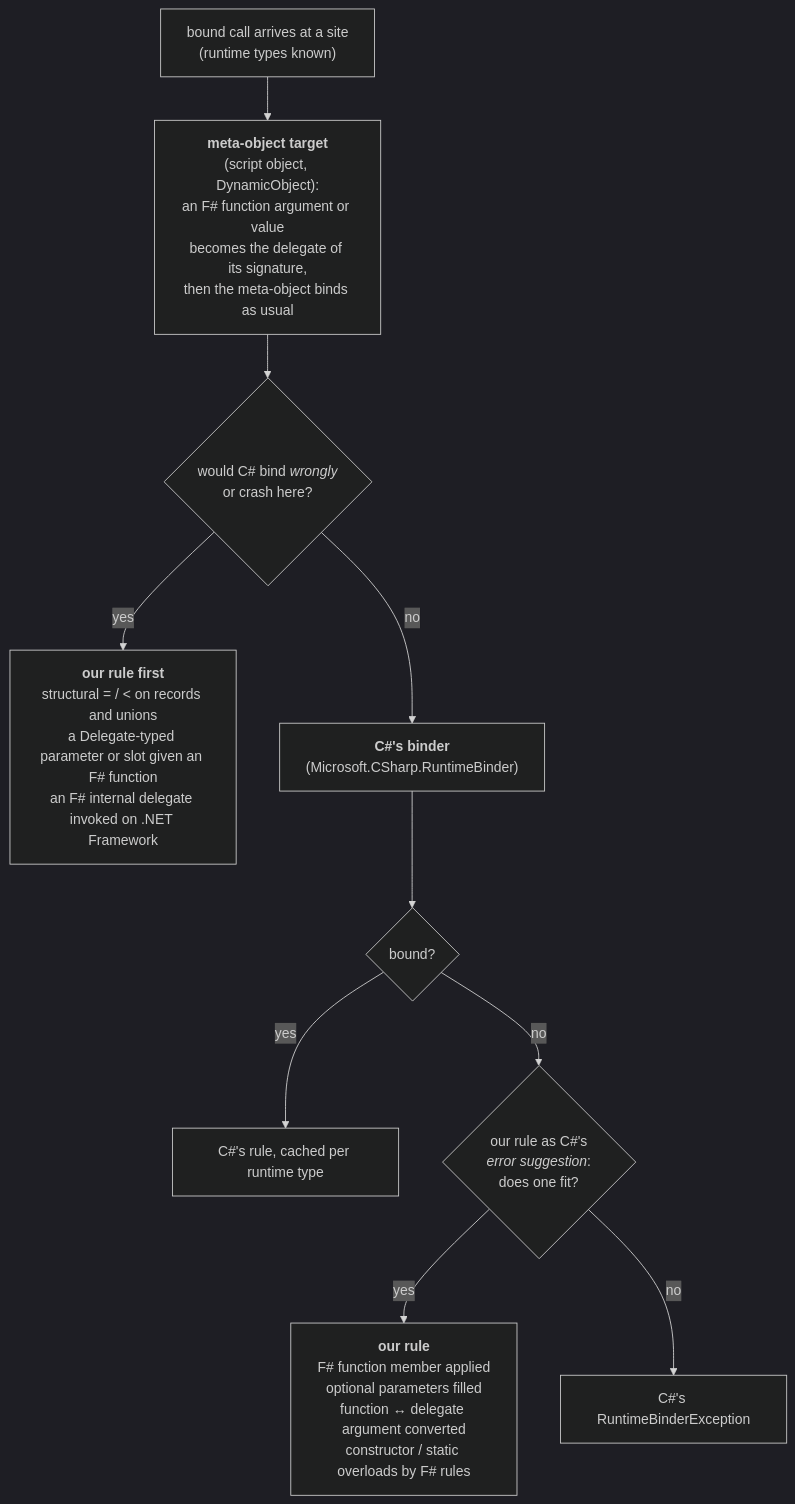
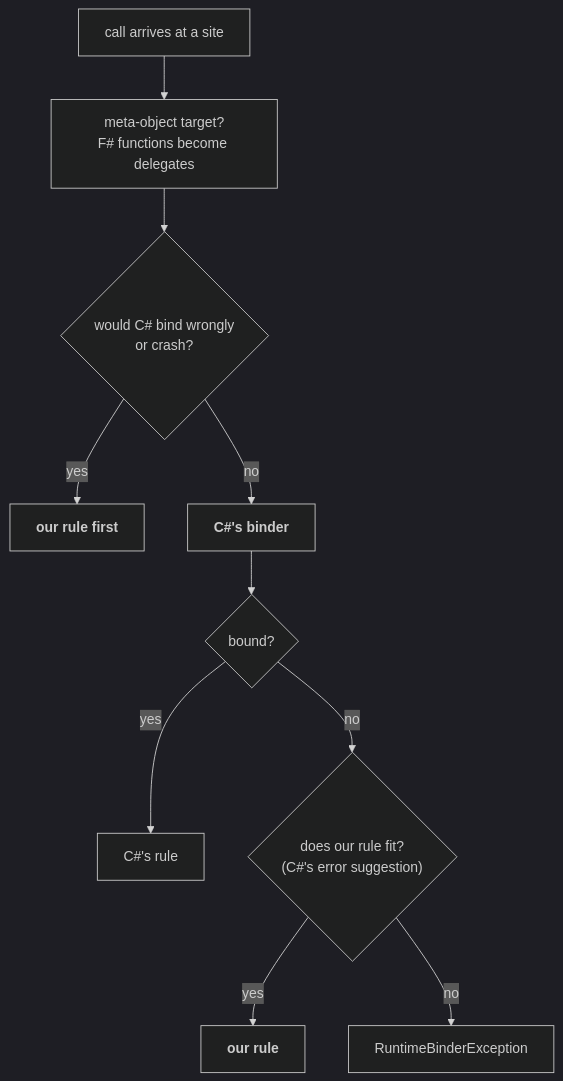
The diagram in docs/binders.md (ekonbenefits/FSharp.Interop.Dlr), drawn with Mermaid (dark theme) before and after one commit. The commit also changed other lines of this file, not shown here.

First line of the commit message:
binders.md: short paragraphs, lists and subheadings; a diagram that fits

````diff
--- a/docs/binders.md
+++ b/docs/binders.md
@@ -18,21 +21,21 @@
 ```mermaid
 flowchart TD
-    arrive["bound call arrives at a site<br/>(runtime types known)"]
-    wrong{"would C# bind <i>wrongly</i><br/>or crash here?"}
-    ours1["<b>our rule first</b><br/>structural = / &lt; on records and unions<br/>a Delegate-typed parameter or slot given an F# function<br/>an F# internal delegate invoked on .NET Framework"]
-    csharp["<b>C#'s binder</b><br/>(Microsoft.CSharp.RuntimeBinder)"]
+    arrive["call arrives at a site"]
+    meta["meta-object target?<br/>F# functions become delegates"]
+    wrong{"would C# bind wrongly<br/>or crash?"}
+    ours1["<b>our rule first</b>"]
+    csharp["<b>C#'s binder</b>"]
     ok{"bound?"}
-    done["C#'s rule, cached per runtime type"]
-    suggest{"our rule as C#'s<br/><i>error suggestion</i>:<br/>does one fit?"}
-    ours2["<b>our rule</b><br/>F# function member applied<br/>optional parameters filled<br/>function ↔ delegate argument converted<br/>constructor / static overloads by F# rules"]
-    meta["<b>meta-object target</b><br/>(script object, DynamicObject):<br/>an F# function argument or value<br/>becomes the delegate of its signature,<br/>then the meta-object binds as usual"]
-    err["C#'s RuntimeBinderException"]
+    done["C#'s rule"]
+    suggest{"does our rule fit?<br/>(C#'s error suggestion)"}
+    ours2["<b>our rule</b>"]
+    err["RuntimeBinderException"]
 
     arrive --> meta --> wrong
     wrong -- yes --> ours1
     wrong -- no --> csharp --> ok
     ok -- yes --> done
     ok -- no --> suggest
     suggest -- yes --> ours2
     suggest -- no --> err
 ```
````
